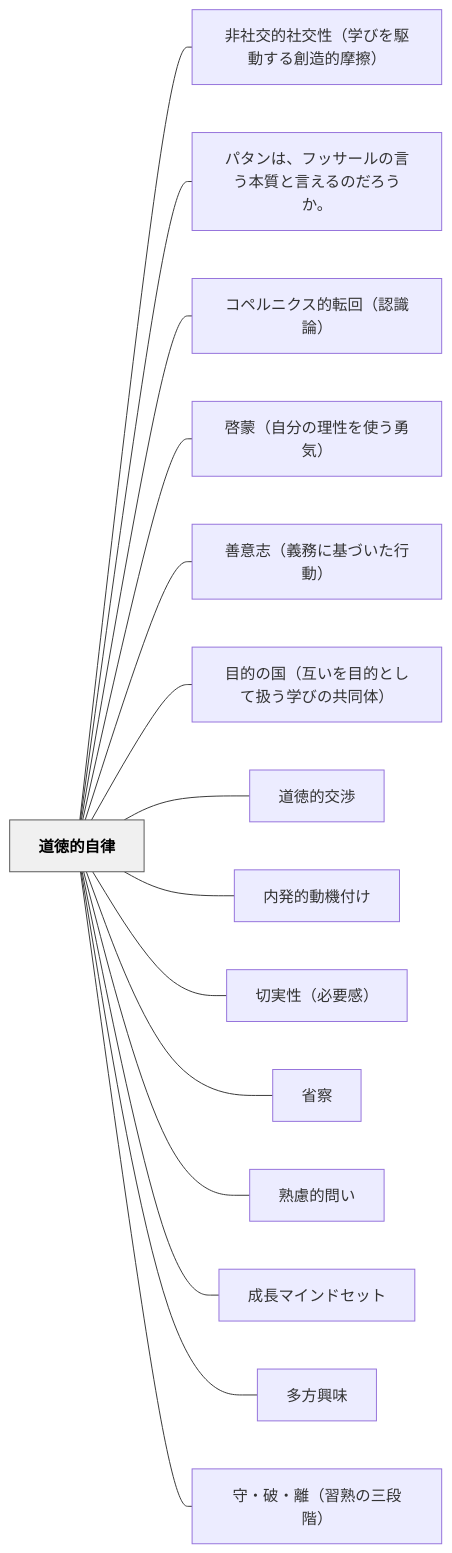
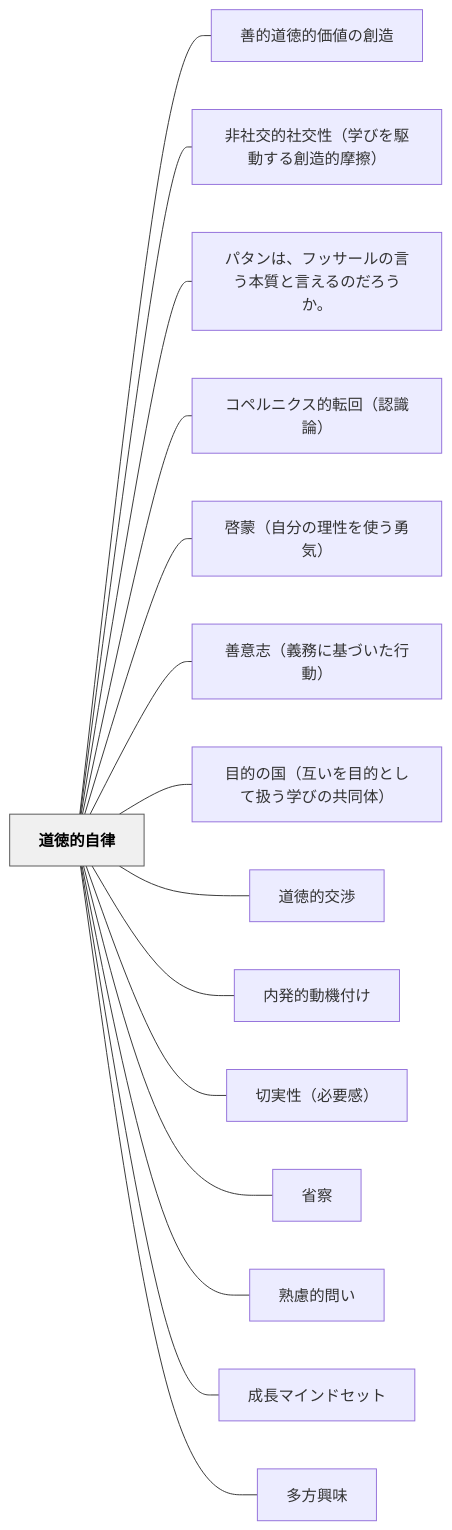
One commit to unknownthings-ed-patterns/unknownthings-ed-patterns changed the diagram in content/パタン/道徳的自律.md. Above: the diagram before and after it, drawn with Mermaid. The commit also changed other lines of this file and 5 other files, not shown here.

````diff
--- a/content/パタン/道徳的自律.md
+++ b/content/パタン/道徳的自律.md
@@ -121,36 +122,36 @@
 ```mermaid
 flowchart LR
     ne98193e5beb3e79a84e887aae5be8b["道徳的自律"]
+    ne59684e79a84e98193e5beb3e79a84e4bea1e580a4e381aee589b5e980a0["善的道徳的価値の創造"]
     ne99d9ee7a4bee4baa4e79a84e7a4bee4baa4e680a7efbc88e5ada6e381b3e38292e9a786e58b95e38199e3828be589b5e980a0e79a84e691a9e693a6efbc89["非社交的社交性（学びを駆動する創造的摩擦）"]
     ne38391e382bfe383b3e381afe38081e38395e38383e382b5e383bce383abe381aee8a880e38186e69cace8b3aae381a8e8a880e38188e3828be381aee381a0e3828de38186e3818be38082["パタンは、フッサールの言う本質と言えるのだろうか。"]
     ne382b3e3839ae383abe3838be382afe382b9e79a84e8bba2e59b9eefbc88e8aa8de8ad98e8ab96efbc89["コペルニクス的転回（認識論）"]
     ne59593e89299efbc88e887aae58886e381aee79086e680a7e38292e4bdbfe38186e58b87e6b097efbc89["啓蒙（自分の理性を使う勇気）"]
     ne59684e6848fe5bf97efbc88e7bea9e58b99e381abe59fbae381a5e38184e3819fe8a18ce58b95efbc89["善意志（義務に基づいた行動）"]
     ne79baee79a84e381aee59bbdefbc88e4ba92e38184e38292e79baee79a84e381a8e38197e381a6e689b1e38186e5ada6e381b3e381aee585b1e5908ce4bd93efbc89["目的の国（互いを目的として扱う学びの共同体）"]
     ne98193e5beb3e79a84e4baa4e6b889["道徳的交渉"]
     ne58685e799bae79a84e58b95e6a99fe4bb98e38191["内発的動機付け"]
     ne58887e5ae9fe680a7efbc88e5bf85e8a681e6849fefbc89["切実性（必要感）"]
     ne79c81e5af9f["省察"]
     ne7869fe685aee79a84e5958fe38184["熟慮的問い"]
     ne68890e995b7e3839ee382a4e383b3e38389e382bbe38383e38388["成長マインドセット"]
     ne5a49ae696b9e88888e591b3["多方興味"]
-    ne5ae88e383bbe7a0b4e383bbe99ba2efbc88e7bf92e7869fe381aee4b889e6aeb5e99a8eefbc89["守・破・離（習熟の三段階）"]
 
+    ne98193e5beb3e79a84e887aae5be8b --- ne59684e79a84e98193e5beb3e79a84e4bea1e580a4e381aee589b5e980a0
     ne98193e5beb3e79a84e887aae5be8b --- ne99d9ee7a4bee4baa4e79a84e7a4bee4baa4e680a7efbc88e5ada6e381b3e38292e9a786e58b95e38199e3828be589b5e980a0e79a84e691a9e693a6efbc89
     ne98193e5beb3e79a84e887aae5be8b --- ne38391e382bfe383b3e381afe38081e38395e38383e382b5e383bce383abe381aee8a880e38186e69cace8b3aae381a8e8a880e38188e3828be381aee381a0e3828de38186e3818be38082
     ne98193e5beb3e79a84e887aae5be8b --- ne382b3e3839ae383abe3838be382afe382b9e79a84e8bba2e59b9eefbc88e8aa8de8ad98e8ab96efbc89
     ne98193e5beb3e79a84e887aae5be8b --- ne59593e89299efbc88e887aae58886e381aee79086e680a7e38292e4bdbfe38186e58b87e6b097efbc89
     ne98193e5beb3e79a84e887aae5be8b --- ne59684e6848fe5bf97efbc88e7bea9e58b99e381abe59fbae381a5e38184e3819fe8a18ce58b95efbc89
     ne98193e5beb3e79a84e887aae5be8b --- ne79baee79a84e381aee59bbdefbc88e4ba92e38184e38292e79baee79a84e381a8e38197e381a6e689b1e38186e5ada6e381b3e381aee585b1e5908ce4bd93efbc89
     ne98193e5beb3e79a84e887aae5be8b --- ne98193e5beb3e79a84e4baa4e6b889
     ne98193e5beb3e79a84e887aae5be8b --- ne58685e799bae79a84e58b95e6a99fe4bb98e38191
     ne98193e5beb3e79a84e887aae5be8b --- ne58887e5ae9fe680a7efbc88e5bf85e8a681e6849fefbc89
     ne98193e5beb3e79a84e887aae5be8b --- ne79c81e5af9f
     ne98193e5beb3e79a84e887aae5be8b --- ne7869fe685aee79a84e5958fe38184
     ne98193e5beb3e79a84e887aae5be8b --- ne68890e995b7e3839ee382a4e383b3e38389e382bbe38383e38388
     ne98193e5beb3e79a84e887aae5be8b --- ne5a49ae696b9e88888e591b3
-    ne98193e5beb3e79a84e887aae5be8b --- ne5ae88e383bbe7a0b4e383bbe99ba2efbc88e7bf92e7869fe381aee4b889e6aeb5e99a8eefbc89
 
     classDef hub fill:#f0f0f0,stroke:#555,color:#000,font-weight:bold
     class ne98193e5beb3e79a84e887aae5be8b hub
 ```
````
